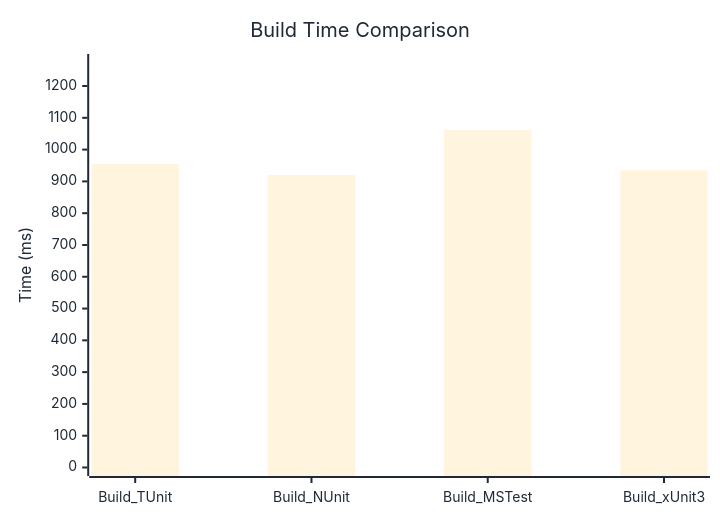
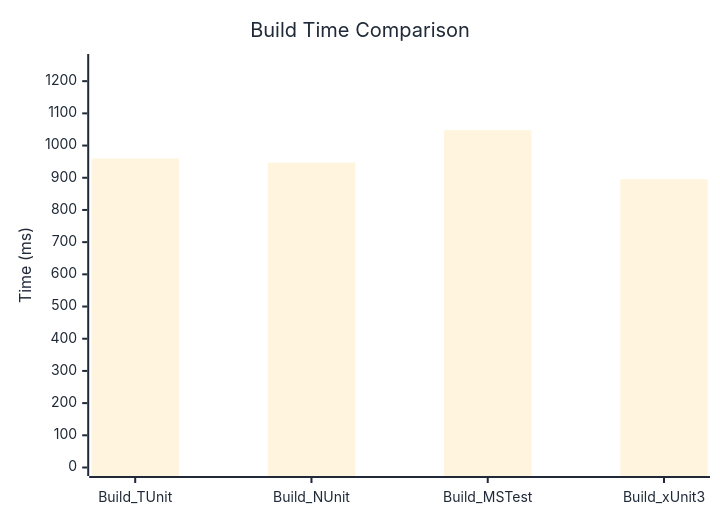
Before and after one commit to thomhurst/TUnit: the diagram in docs/docs/benchmarks/engine/BuildTime.md, drawn with Mermaid. The commit also changed other lines of this file and 17 other files, not shown here.

````diff
--- a/docs/docs/benchmarks/engine/BuildTime.md
+++ b/docs/docs/benchmarks/engine/BuildTime.md
@@ -30,37 +30,37 @@
 ```mermaid
 %%{init: {
   'theme':'base',
   'themeVariables': {
     'primaryColor': '#2563eb',
     'primaryTextColor': '#1f2937',
     'primaryBorderColor': '#1e40af',
     'lineColor': '#6b7280',
     'secondaryColor': '#7c3aed',
     'tertiaryColor': '#dc2626',
     'background': '#ffffff',
     'mainBkg': '#2563eb',
     'secondBkg': '#7c3aed',
     'tertiaryBkg': '#dc2626',
     'clusterBkg': '#f3f4f6',
     'edgeLabelBackground': '#ffffff',
     'tertiaryTextColor': '#1f2937',
     'pie1': '#2563eb',
     'pie2': '#7c3aed',
     'pie3': '#dc2626',
     'pie4': '#f59e0b',
     'pie5': '#10b981',
     'pie6': '#06b6d4',
     'pie7': '#ec4899',
     'pie8': '#6366f1',
     'pie9': '#84cc16',
     'pie10': '#f97316',
     'pie11': '#14b8a6',
     'pie12': '#a855f7'
   }
 }}%%
 xychart-beta
   title "Build Time Comparison"
   x-axis ["Build_TUnit", "Build_NUnit", "Build_MSTest", "Build_xUnit3"]
-  y-axis "Time (ms)" 0 --> 1274
-  bar [954, 919.6, 1061.5, 935.1]
+  y-axis "Time (ms)" 0 --> 1258
+  bar [959.6, 946.9, 1048, 895.6]
 ```
````
